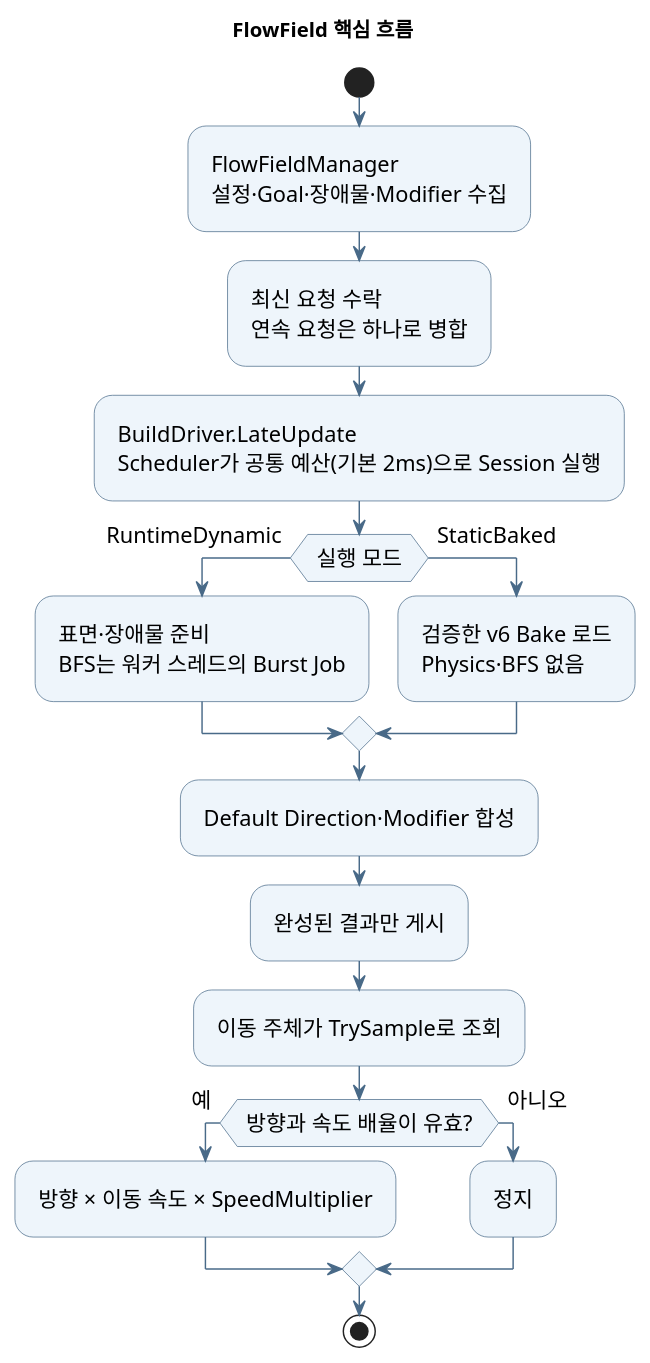
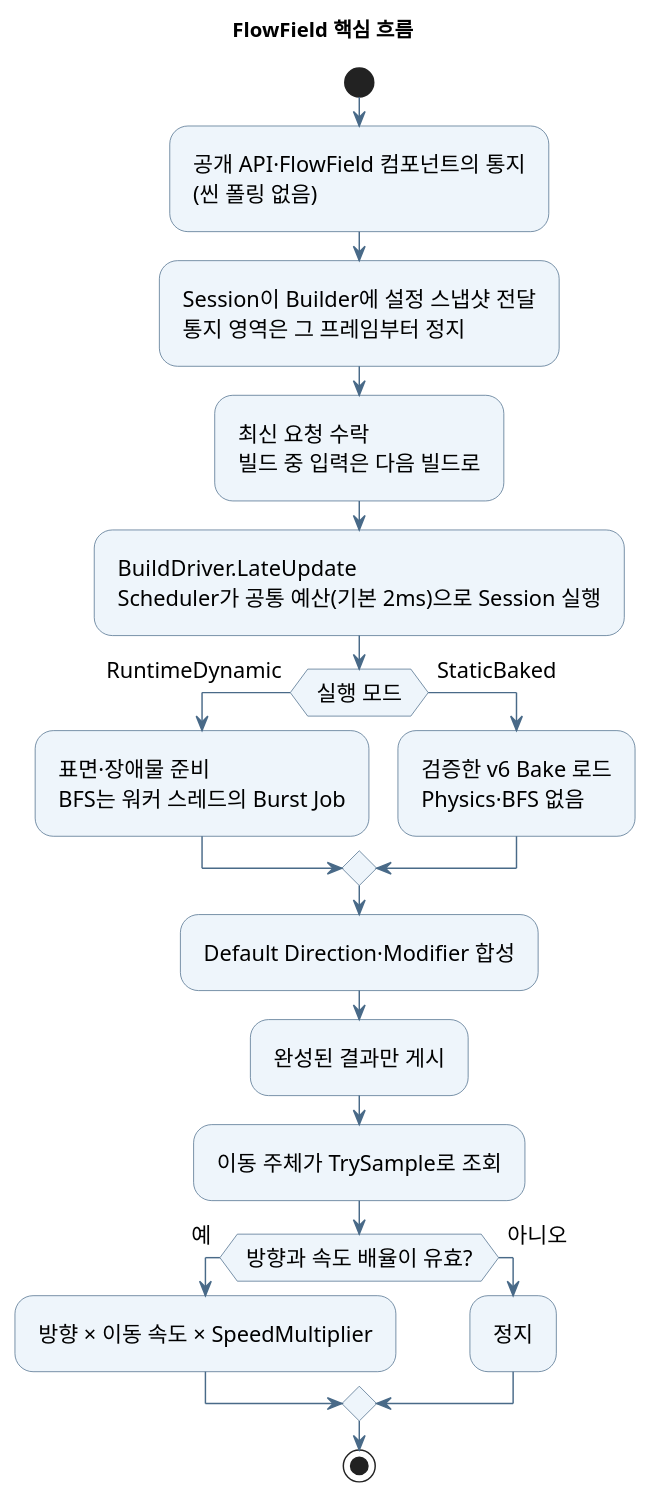
The diagram in ToyProject/Assets/_FlowField/Docs/flowfield-uml.puml (youwonsock/tool-unity-editor), drawn with PlantUML before and after one commit. The commit also changed 7 other files, not shown here.

```diff
--- a/ToyProject/Assets/_FlowField/Docs/flowfield-uml.puml
+++ b/ToyProject/Assets/_FlowField/Docs/flowfield-uml.puml
@@ -1,29 +1,30 @@
 @startuml flowfield-uml
 skinparam shadowing false
 skinparam defaultFontName "Apple SD Gothic Neo"
 skinparam defaultFontSize 15
 skinparam ArrowColor #496A88
 skinparam Padding 6
 skinparam activityBackgroundColor #EEF5FB
 skinparam activityBorderColor #496A88
 title FlowField 핵심 흐름
 
 start
-:FlowFieldManager\n설정·Goal·장애물·Modifier 수집;
-:최신 요청 수락\n연속 요청은 하나로 병합;
+:공개 API·FlowField 컴포넌트의 통지\n(씬 폴링 없음);
+:Session이 Builder에 설정 스냅샷 전달\n통지 영역은 그 프레임부터 정지;
+:최신 요청 수락\n빌드 중 입력은 다음 빌드로;
 :BuildDriver.LateUpdate\nScheduler가 공통 예산(기본 2ms)으로 Session 실행;
 if (실행 모드) then (RuntimeDynamic)
   :표면·장애물 준비\nBFS는 워커 스레드의 Burst Job;
 else (StaticBaked)
   :검증한 v6 Bake 로드\nPhysics·BFS 없음;
 endif
 :Default Direction·Modifier 합성;
 :완성된 결과만 게시;
 :이동 주체가 TrySample로 조회;
 if (방향과 속도 배율이 유효?) then (예)
   :방향 × 이동 속도 × SpeedMultiplier;
 else (아니오)
   :정지;
 endif
 stop
 @enduml
```
